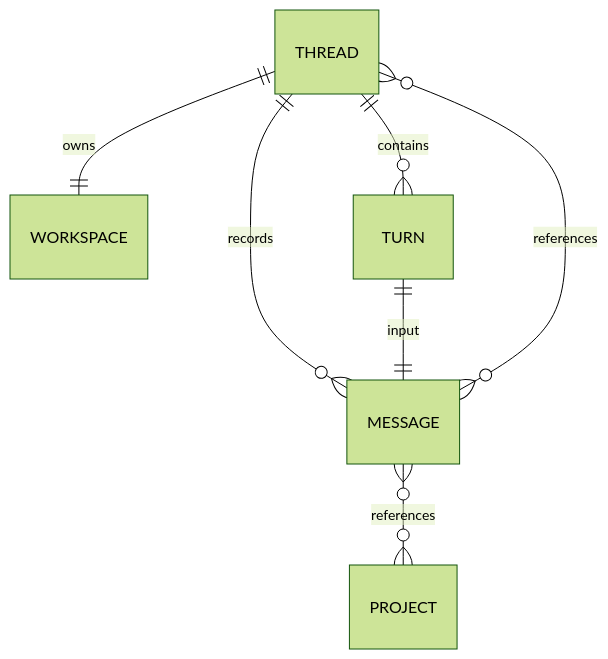
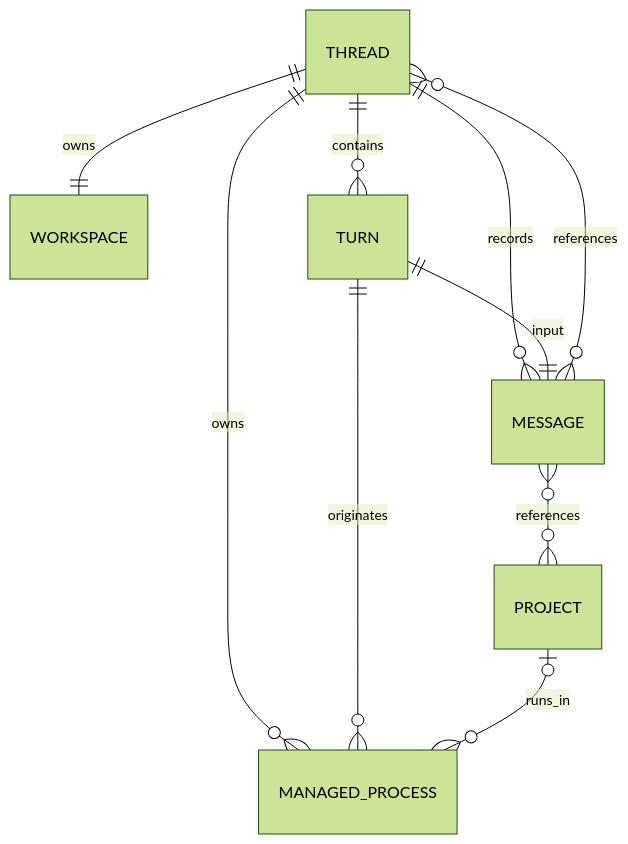
One commit to jianliang00/kody changed the second of 3 diagrams in docs/architecture.md. Above: the diagram before and after it, drawn with Mermaid (forest theme). The commit also changed other lines of this file and 44 other files, not shown here.

````diff
--- a/docs/architecture.md
+++ b/docs/architecture.md
@@ -24,9 +29,12 @@
 ```mermaid
 erDiagram
     THREAD ||--|| WORKSPACE : owns
     THREAD ||--o{ TURN : contains
     THREAD ||--o{ MESSAGE : records
+    THREAD ||--o{ MANAGED_PROCESS : owns
+    TURN ||--o{ MANAGED_PROCESS : originates
+    PROJECT o|--o{ MANAGED_PROCESS : runs_in
     TURN ||--|| MESSAGE : input
     MESSAGE }o--o{ THREAD : references
     MESSAGE }o--o{ PROJECT : references
 ```
````
